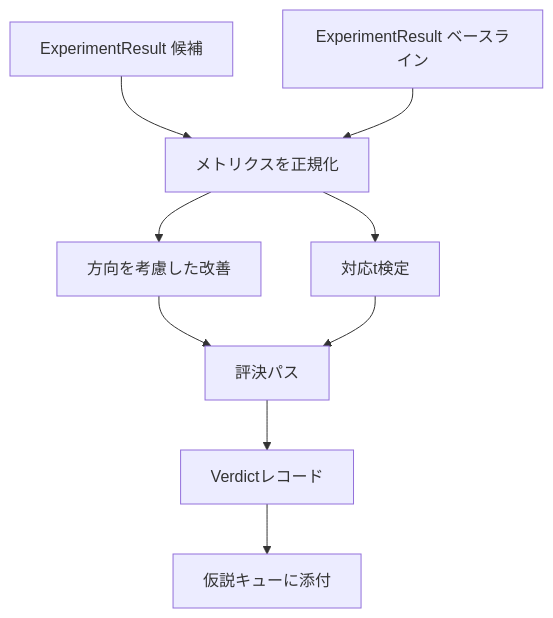
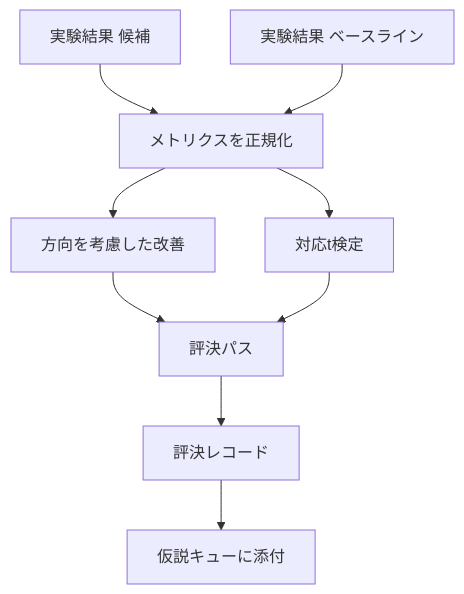
Before and after one commit to shoshoshomen/synapse-academy: the diagram in content/phases/19-capstone-projects/53-result-evaluator/lesson.ja.md, drawn with Mermaid. The commit also changed 124 other files, not shown here.

First line of the commit message:
feat(i18n): mermaid図のラベルを日本語化(194レッスン/374図)

````diff
--- a/content/phases/19-capstone-projects/53-result-evaluator/lesson.ja.md
+++ b/content/phases/19-capstone-projects/53-result-evaluator/lesson.ja.md
@@ -47,11 +47,11 @@
 ```mermaid
 flowchart TD
-    A[ExperimentResult 候補] --> N[メトリクスを正規化]
-    B[ExperimentResult ベースライン] --> N
-    N --> I[方向を考慮した改善]
-    N --> T[対応t検定]
-    I --> V[評決パス]
+    A["実験結果 候補"] --> N["メトリクスを正規化"]
+    B["実験結果 ベースライン"] --> N
+    N --> I["方向を考慮した改善"]
+    N --> T["対応t検定"]
+    I --> V["評決パス"]
     T --> V
-    V --> O[Verdictレコード]
-    O --> Q[仮説キューに添付]
+    V --> O["評決レコード"]
+    O --> Q["仮説キューに添付"]
 ```
````
